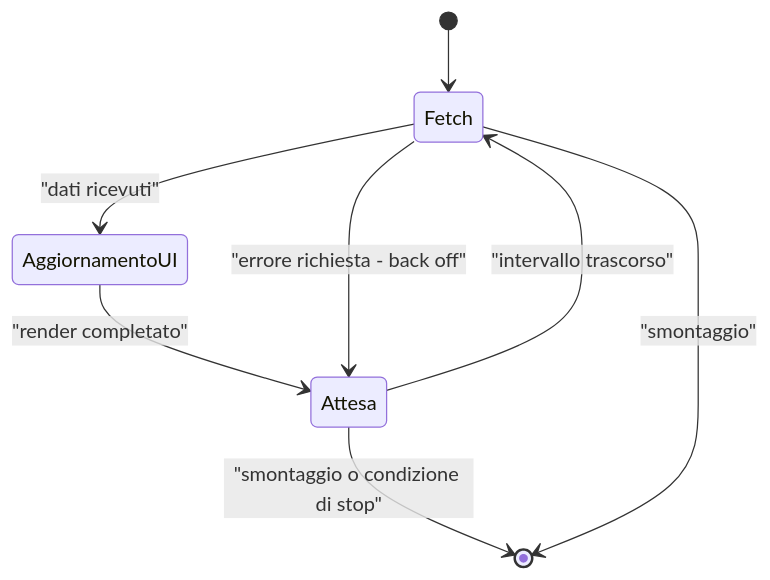
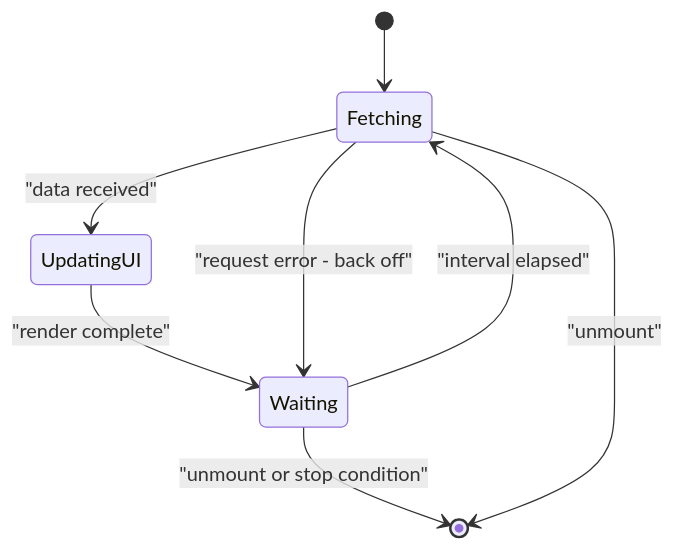
Before and after one commit to BabaScience/react-guides: the fifth of 6 diagrams in arguments/chapters/it/07-data-fetching.md, drawn with Mermaid. The commit also changed other lines of this file and 29 other files, not shown here.

First line of the commit message:
Bring React FR/IT translations to full English parity + theme-safe diagrams

````diff
--- a/arguments/chapters/it/07-data-fetching.md
+++ b/arguments/chapters/it/07-data-fetching.md
@@ -309,10 +1651,10 @@
 ```mermaid
 stateDiagram-v2
-    [*] --> Fetch
-    Fetch --> AggiornamentoUI: "dati ricevuti"
-    AggiornamentoUI --> Attesa: "render completato"
-    Attesa --> Fetch: "intervallo trascorso"
-    Attesa --> [*]: "smontaggio o condizione di stop"
-    Fetch --> [*]: "smontaggio"
-    Fetch --> Attesa: "errore richiesta - back off"
+    [*] --> Fetching
+    Fetching --> UpdatingUI: "data received"
+    UpdatingUI --> Waiting: "render complete"
+    Waiting --> Fetching: "interval elapsed"
+    Waiting --> [*]: "unmount or stop condition"
+    Fetching --> [*]: "unmount"
+    Fetching --> Waiting: "request error - back off"
 ```
````
